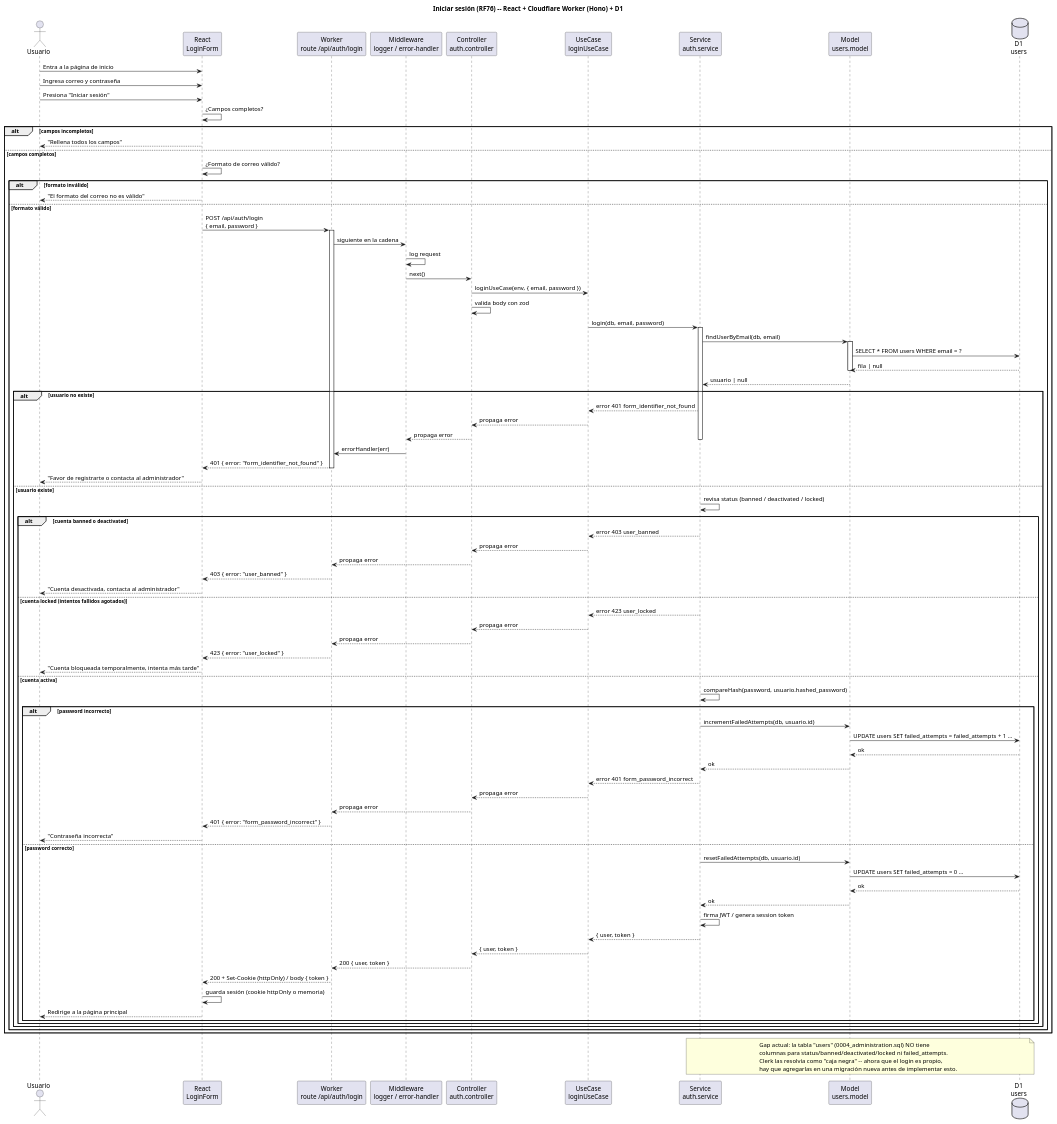
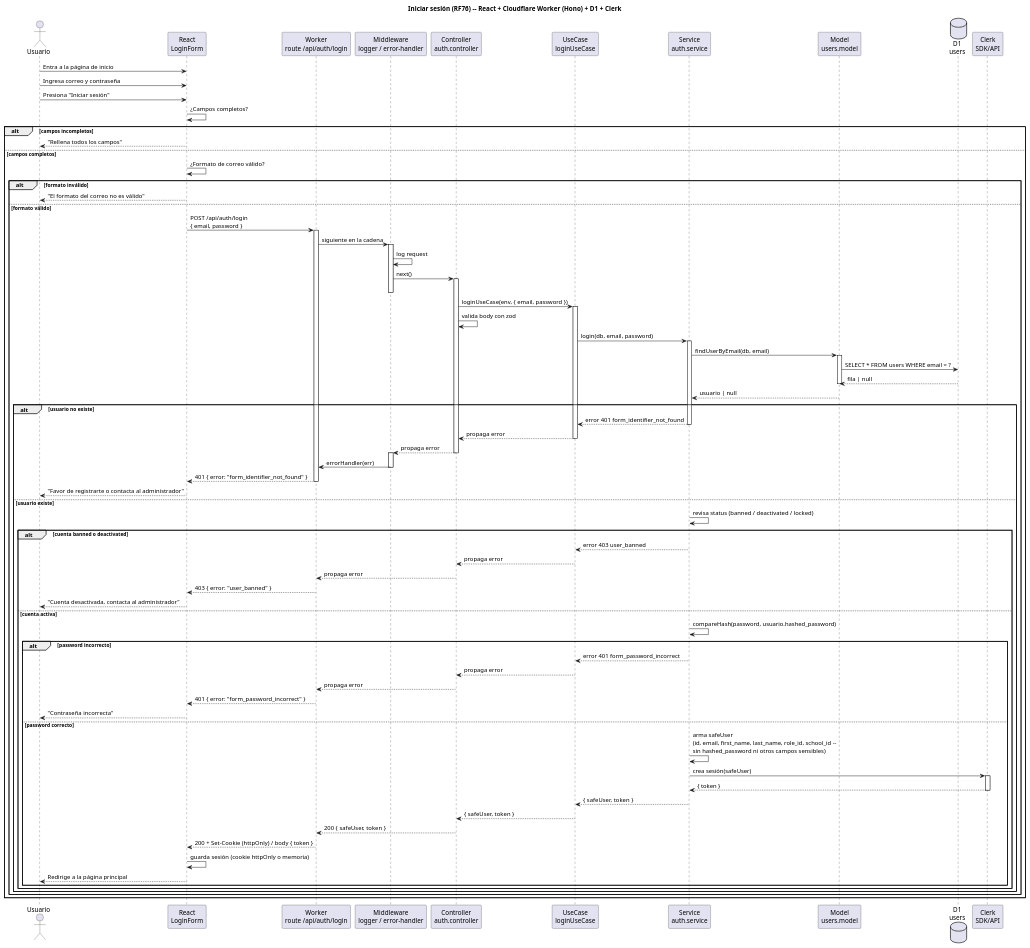
The diagram in documentation/requirements/76login/RF76 login.plantuml (famchiyaque/TecBooks_V2), drawn with PlantUML before and after one commit.

Commit message:
feat: add ds to login

```diff
--- a/documentation/requirements/76login/RF76 login.plantuml
+++ b/documentation/requirements/76login/RF76 login.plantuml
@@ -1,121 +1,119 @@
 @startuml RF76_Login
-title Iniciar sesión (RF76) -- React + Cloudflare Worker (Hono) + D1
+title Iniciar sesión (RF76) -- React + Cloudflare Worker (Hono) + D1 + Clerk
 
 actor Usuario
 participant "React\nLoginForm" as FE
 participant "Worker\nroute /api/auth/login" as Route
 participant "Middleware\nlogger / error-handler" as MW
 participant "Controller\nauth.controller" as Ctrl
 participant "UseCase\nloginUseCase" as UC
 participant "Service\nauth.service" as Svc
 participant "Model\nusers.model" as Model
 database "D1\nusers" as DB
+participant "Clerk\nSDK/API" as Clerk
 
 Usuario -> FE: Entra a la página de inicio
 Usuario -> FE: Ingresa correo y contraseña
 Usuario -> FE: Presiona "Iniciar sesión"
 
 FE -> FE: ¿Campos completos?
 alt campos incompletos
   FE --> Usuario: "Rellena todos los campos"
 else campos completos
   FE -> FE: ¿Formato de correo válido?
   alt formato inválido
     FE --> Usuario: "El formato del correo no es válido"
   else formato válido
 
     FE -> Route: POST /api/auth/login\n{ email, password }
     activate Route
     Route -> MW: siguiente en la cadena
+    activate MW
     MW -> MW: log request
     MW -> Ctrl: next()
+    activate Ctrl
+    deactivate MW
     Ctrl -> UC: loginUseCase(env, { email, password })
+    activate UC
     Ctrl -> Ctrl: valida body con zod
 
     UC -> Svc: login(db, email, password)
     activate Svc
 
     Svc -> Model: findUserByEmail(db, email)
     activate Model
     Model -> DB: SELECT * FROM users WHERE email = ?
     DB --> Model: fila | null
     deactivate Model
     Model --> Svc: usuario | null
 
     alt usuario no existe
       Svc --> UC: error 401 form_identifier_not_found
+      deactivate Svc
       UC --> Ctrl: propaga error
+      deactivate UC
       Ctrl --> MW: propaga error
-      deactivate Svc
+      deactivate Ctrl
+      activate MW
       MW -> Route: errorHandler(err)
+      deactivate MW
       Route --> FE: 401 { error: "form_identifier_not_found" }
       deactivate Route
       FE --> Usuario: "Favor de registrarte o contacta al administrador"
 
     else usuario existe
       Svc -> Svc: revisa status (banned / deactivated / locked)
 
       alt cuenta banned o deactivated
         Svc --> UC: error 403 user_banned
+        deactivate Svc
         UC --> Ctrl: propaga error
-        deactivate Svc
+        deactivate UC
         Ctrl --> Route: propaga error
+        deactivate Ctrl
         Route --> FE: 403 { error: "user_banned" }
         deactivate Route
         FE --> Usuario: "Cuenta desactivada, contacta al administrador"
 
-      else cuenta locked (intentos fallidos agotados)
-        Svc --> UC: error 423 user_locked
-        UC --> Ctrl: propaga error
-        deactivate Svc
-        Ctrl --> Route: propaga error
-        Route --> FE: 423 { error: "user_locked" }
-        deactivate Route
-        FE --> Usuario: "Cuenta bloqueada temporalmente, intenta más tarde"
 
       else cuenta activa
         Svc -> Svc: compareHash(password, usuario.hashed_password)
 
         alt password incorrecto
-          Svc -> Model: incrementFailedAttempts(db, usuario.id)
-          Model -> DB: UPDATE users SET failed_attempts = failed_attempts + 1 ...
-          DB --> Model: ok
-          Model --> Svc: ok
           Svc --> UC: error 401 form_password_incorrect
+          deactivate Svc
           UC --> Ctrl: propaga error
-          deactivate Svc
+          deactivate UC
           Ctrl --> Route: propaga error
+          deactivate Ctrl
           Route --> FE: 401 { error: "form_password_incorrect" }
           deactivate Route
           FE --> Usuario: "Contraseña incorrecta"
 
         else password correcto
-          Svc -> Model: resetFailedAttempts(db, usuario.id)
-          Model -> DB: UPDATE users SET failed_attempts = 0 ...
-          DB --> Model: ok
-          Model --> Svc: ok
+          Svc -> Svc: arma safeUser\n(id, email, first_name, last_name, role_id, school_id --\nsin hashed_password ni otros campos sensibles)
 
-          Svc -> Svc: firma JWT / genera session token
-          Svc --> UC: { user, token }
-          UC --> Ctrl: { user, token }
+          Svc -> Clerk: crea sesión(safeUser)
+          activate Clerk
+          Clerk --> Svc: { token }
+          deactivate Clerk
+
+          Svc --> UC: { safeUser, token }
           deactivate Svc
-          Ctrl --> Route: 200 { user, token }
+          UC --> Ctrl: { safeUser, token }
+          deactivate UC
+          Ctrl --> Route: 200 { safeUser, token }
+          deactivate Ctrl
           Route --> FE: 200 + Set-Cookie (httpOnly) / body { token }
           deactivate Route
 
           FE -> FE: guarda sesión (cookie httpOnly o memoria)
           FE --> Usuario: Redirige a la página principal
         end
       end
     end
   end
 end
 
-note over Svc, DB
-  Gap actual: la tabla "users" (0004_administration.sql) NO tiene
-  columnas para status/banned/deactivated/locked ni failed_attempts.
-  Clerk las resolvía como "caja negra" -- ahora que el login es propio,
-  hay que agregarlas en una migración nueva antes de implementar esto.
-end note
 
 @enduml
```
